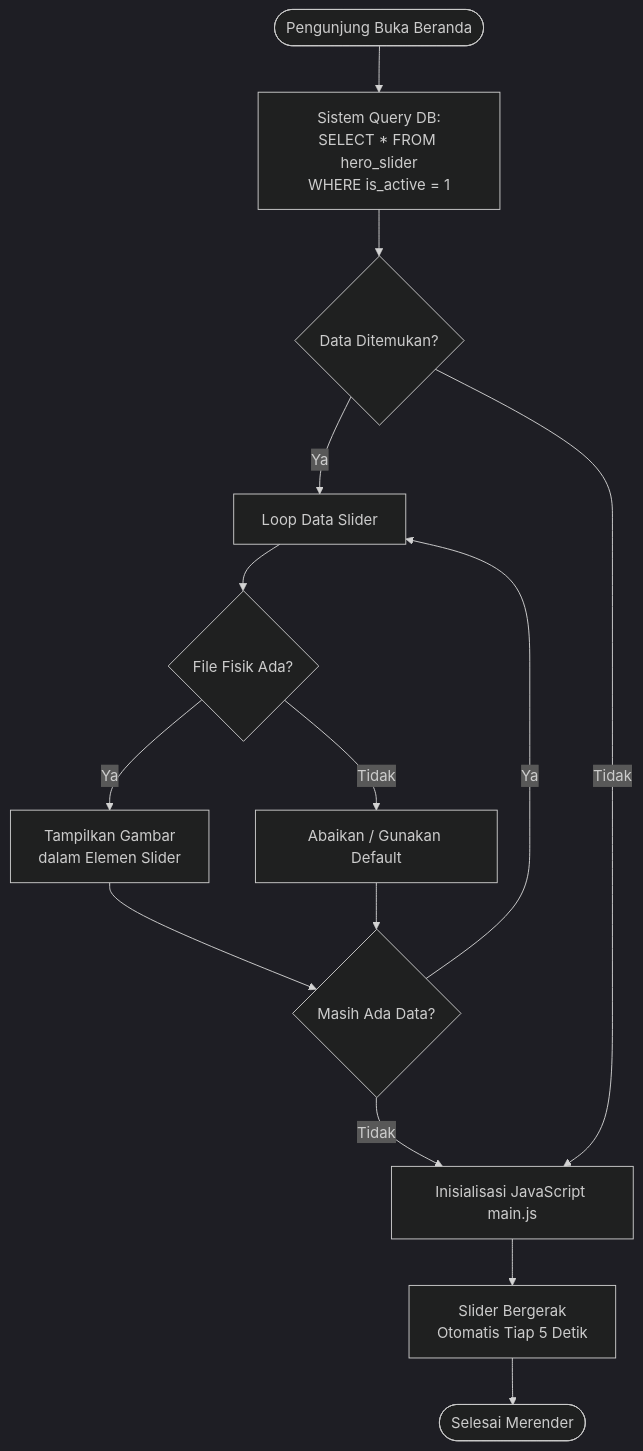
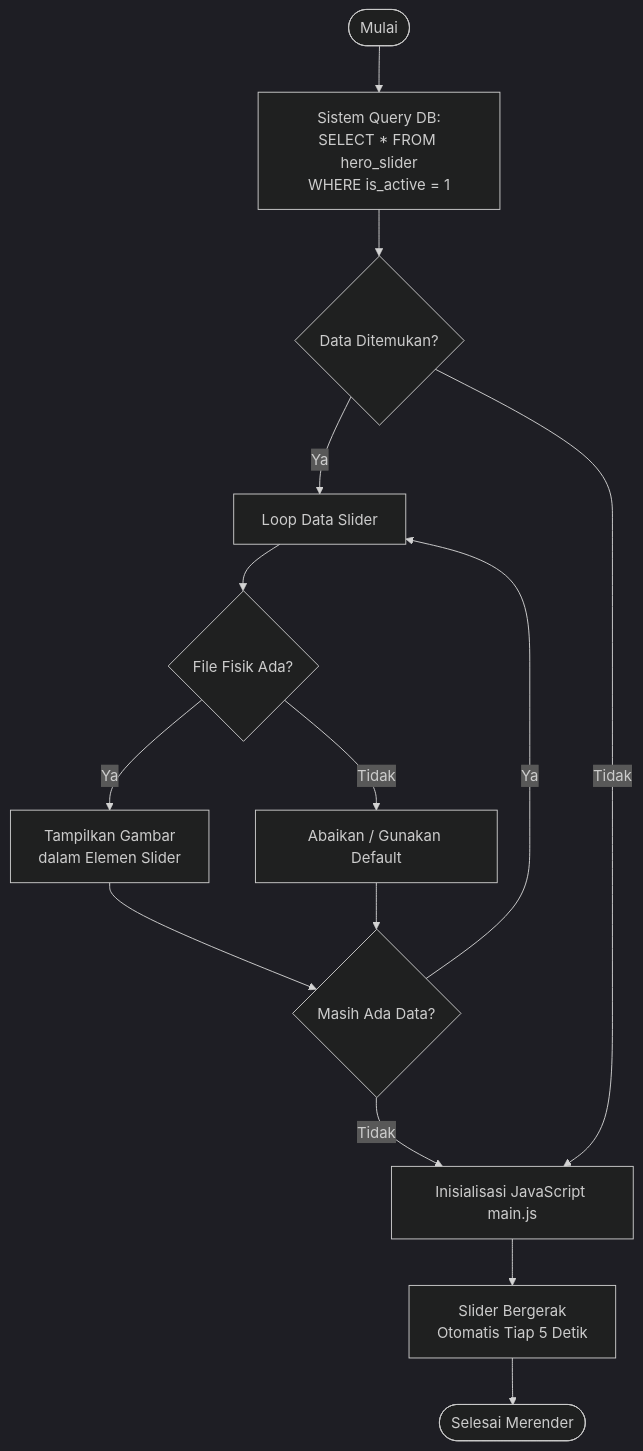
The first of 2 diagrams in docs/activity_diagram_slider.md (arbain-dev/Web_fikom), drawn with Mermaid (dark theme) before and after one commit. The commit also changed other lines of this file and 7 other files, not shown here.

Commit message:
docs: standarisasi semua awal flowchart diagram menjadi 'Mulai'

````diff
--- a/docs/activity_diagram_slider.md
+++ b/docs/activity_diagram_slider.md
@@ -11,23 +11,23 @@
 ```mermaid
 flowchart TD
-    Start(["Pengunjung Buka Beranda"]) --> DBQuery["Sistem Query DB:<br>SELECT * FROM hero_slider<br>WHERE is_active = 1"]
+    Mulai([Mulai]) --> DBQuery["Sistem Query DB:<br>SELECT * FROM hero_slider<br>WHERE is_active = 1"]
     
     DBQuery --> CheckData{"Data Ditemukan?"}
     
     CheckData -- "Ya" --> Loop["Loop Data Slider"]
     Loop --> ValidateFile{"File Fisik Ada?"}
     
     ValidateFile -- "Ya" --> RenderSlide["Tampilkan Gambar<br>dalam Elemen Slider"]
     ValidateFile -- "Tidak" --> Fallback["Abaikan / Gunakan Default"]
     
     RenderSlide --> CheckMore{"Masih Ada Data?"}
     Fallback --> CheckMore
     
     CheckMore -- "Ya" --> Loop
     CheckMore -- "Tidak" --> InitJS["Inisialisasi JavaScript main.js"]
     
     CheckData -- "Tidak" --> InitJS
     
     InitJS --> AutoChange["Slider Bergerak<br>Otomatis Tiap 5 Detik"]
     AutoChange --> End(["Selesai Merender"])
 ```
````
